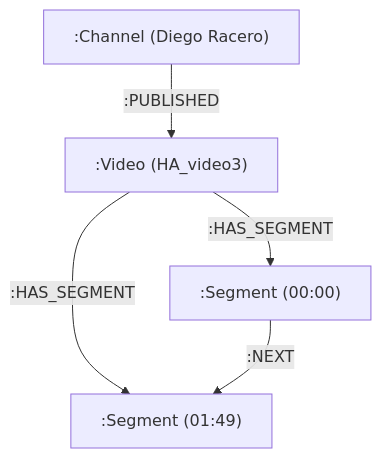
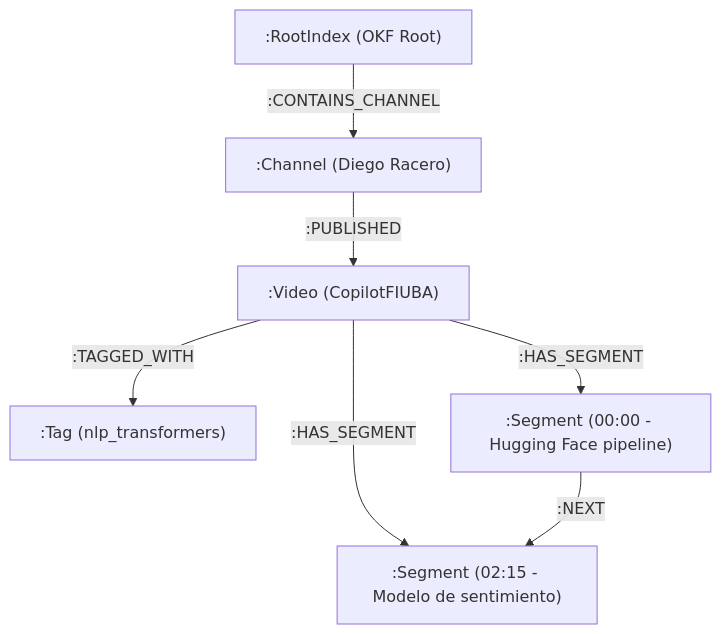
One commit to dracero/videos_OKF changed the second of 2 diagrams in README.md. Above: the diagram before and after it, drawn with Mermaid. The commit also changed other lines of this file and 422 other files, not shown here.

````diff
--- a/README.md
+++ b/README.md
@@ -197,7 +121,9 @@
 ```mermaid
 graph TD
-    Channel[":Channel (Diego Racero)"] -->|:PUBLISHED| Video[":Video (HA_video3)"]
-    Video -->|:HAS_SEGMENT| Seg1[":Segment (00:00)"]
-    Video -->|:HAS_SEGMENT| Seg2[":Segment (01:49)"]
+    Root[":RootIndex (OKF Root)"] -->|:CONTAINS_CHANNEL| Channel[":Channel (Diego Racero)"]
+    Channel -->|:PUBLISHED| Video[":Video (CopilotFIUBA)"]
+    Video -->|:TAGGED_WITH| Tag[":Tag (nlp_transformers)"]
+    Video -->|:HAS_SEGMENT| Seg1[":Segment (00:00 - Hugging Face pipeline)"]
+    Video -->|:HAS_SEGMENT| Seg2[":Segment (02:15 - Modelo de sentimiento)"]
     Seg1 -->|:NEXT| Seg2
 ```
````
